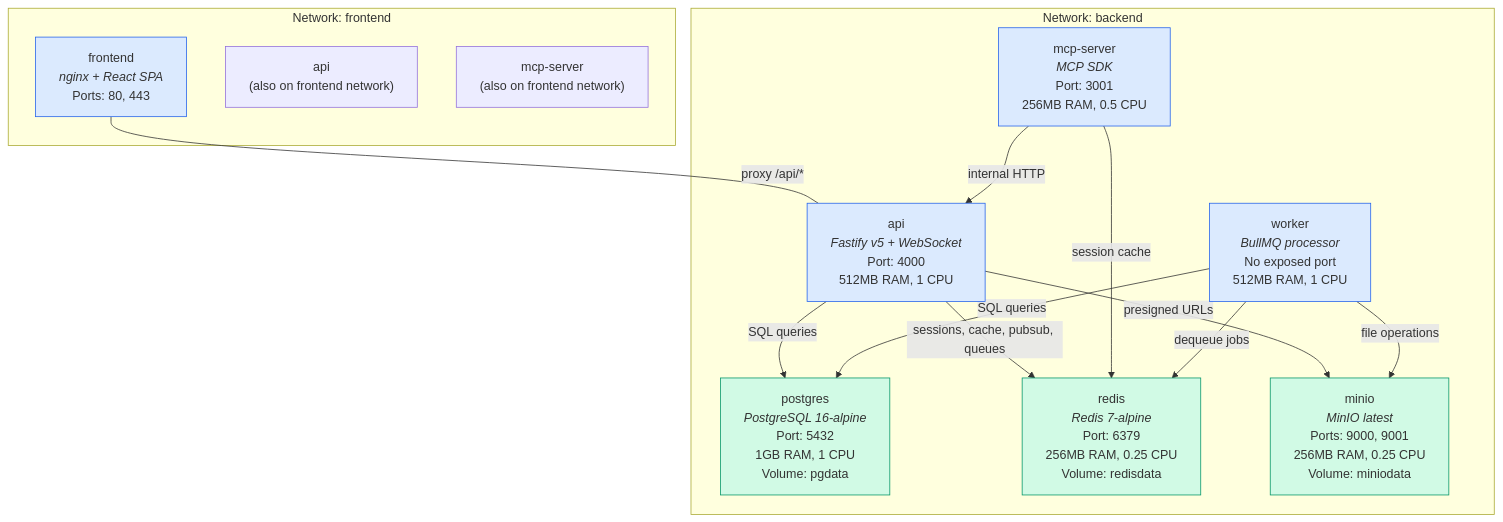
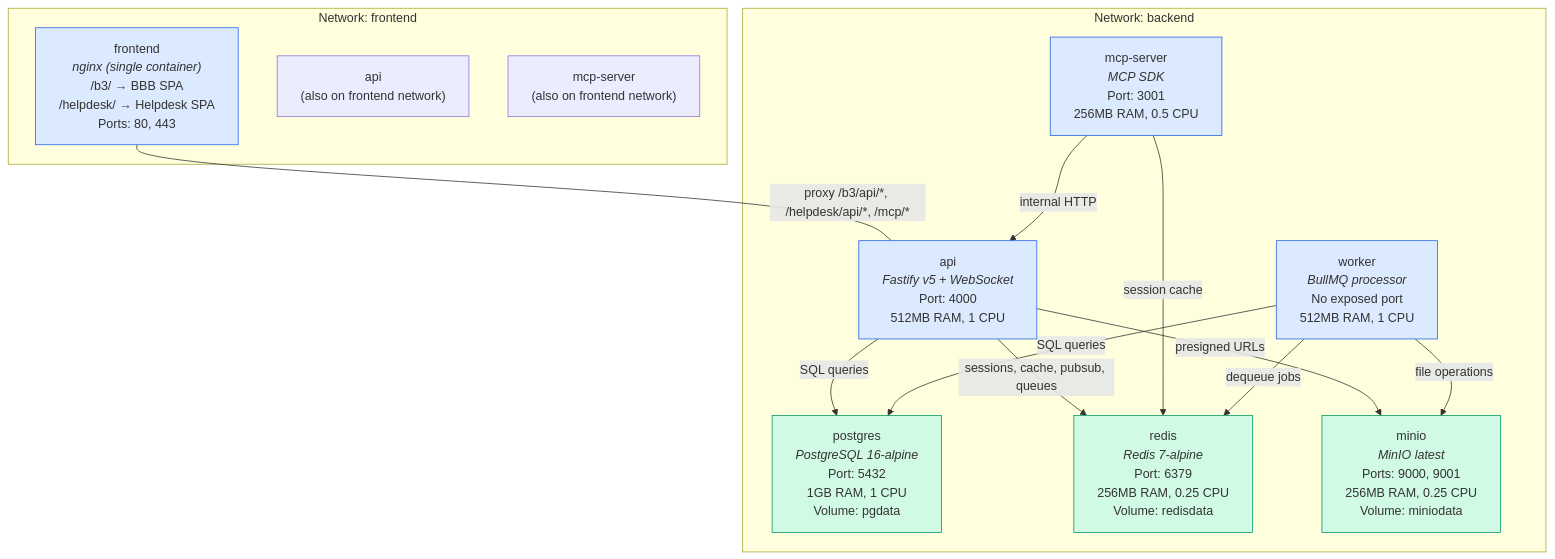
Before and after one commit to leith-bartrich/BigBlueBam: the sixth of 9 diagrams in docs/architecture.md, drawn with Mermaid. The commit also changed other lines of this file and 7 other files, not shown here.

Commit message:
Update all documentation for single-port /b3 + /helpdesk routing

````diff
--- a/docs/architecture.md
+++ b/docs/architecture.md
@@ -302,35 +303,35 @@
 ```mermaid
 graph TB
     subgraph "Network: frontend"
-        FE["frontend<br/><i>nginx + React SPA</i><br/>Ports: 80, 443"]
+        FE["frontend<br/><i>nginx (single container)</i><br/>/b3/ → BBB SPA<br/>/helpdesk/ → Helpdesk SPA<br/>Ports: 80, 443"]
         API2["api<br/>(also on frontend network)"]
         MCP2["mcp-server<br/>(also on frontend network)"]
     end
 
     subgraph "Network: backend"
         API["api<br/><i>Fastify v5 + WebSocket</i><br/>Port: 4000<br/>512MB RAM, 1 CPU"]
         MCP["mcp-server<br/><i>MCP SDK</i><br/>Port: 3001<br/>256MB RAM, 0.5 CPU"]
         Worker["worker<br/><i>BullMQ processor</i><br/>No exposed port<br/>512MB RAM, 1 CPU"]
         PG["postgres<br/><i>PostgreSQL 16-alpine</i><br/>Port: 5432<br/>1GB RAM, 1 CPU<br/>Volume: pgdata"]
         Redis["redis<br/><i>Redis 7-alpine</i><br/>Port: 6379<br/>256MB RAM, 0.25 CPU<br/>Volume: redisdata"]
         MinIO["minio<br/><i>MinIO latest</i><br/>Ports: 9000, 9001<br/>256MB RAM, 0.25 CPU<br/>Volume: miniodata"]
     end
 
-    FE ---|"proxy /api/*"| API
+    FE ---|"proxy /b3/api/*, /helpdesk/api/*, /mcp/*"| API
     API -->|"SQL queries"| PG
     API -->|"sessions, cache, pubsub, queues"| Redis
     API -->|"presigned URLs"| MinIO
     MCP -->|"internal HTTP"| API
     MCP -->|"session cache"| Redis
     Worker -->|"SQL queries"| PG
     Worker -->|"dequeue jobs"| Redis
     Worker -->|"file operations"| MinIO
 
     style FE fill:#dbeafe,stroke:#2563eb
     style API fill:#dbeafe,stroke:#2563eb
     style MCP fill:#dbeafe,stroke:#2563eb
     style Worker fill:#dbeafe,stroke:#2563eb
     style PG fill:#d1fae5,stroke:#059669
     style Redis fill:#d1fae5,stroke:#059669
     style MinIO fill:#d1fae5,stroke:#059669
 ```
````
